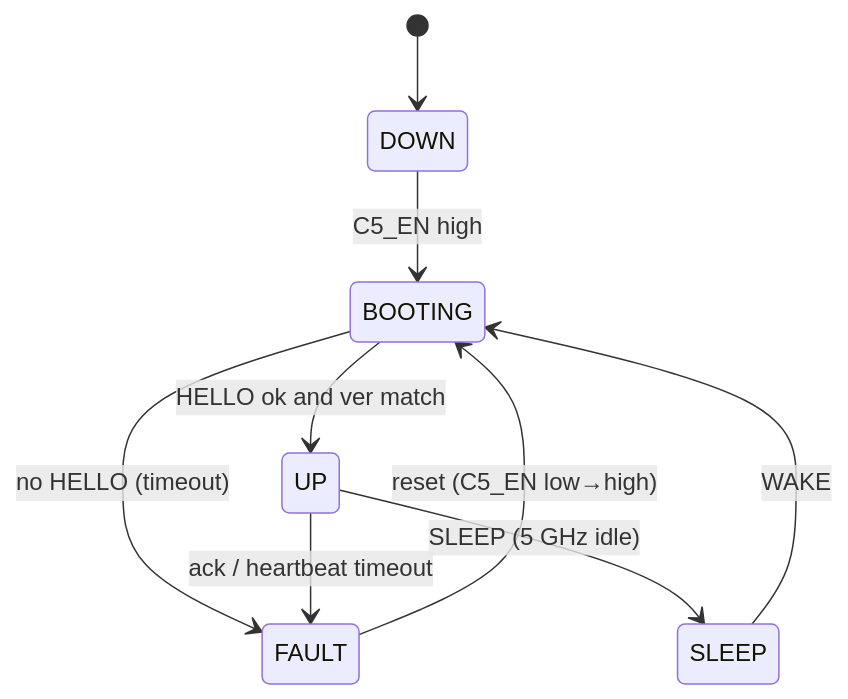
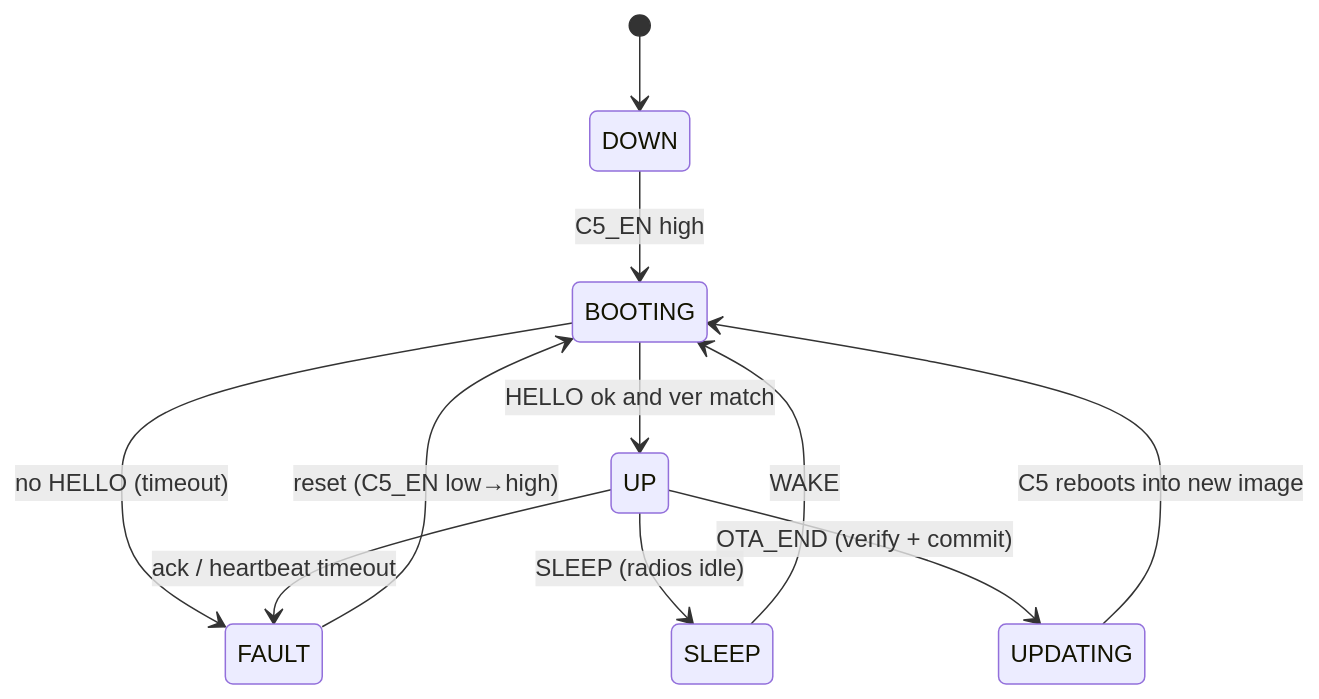
The second of 3 diagrams in docs/link-protocol.md (anton-vinogradov/esp32-leshy2-firmware), drawn with Mermaid before and after one commit. The commit also changed other lines of this file and 7 other files, not shown here.

````diff
--- a/docs/link-protocol.md
+++ b/docs/link-protocol.md
@@ -168,11 +168,13 @@
 ```mermaid
 stateDiagram-v2
     [*] --> DOWN
     DOWN --> BOOTING: C5_EN high
     BOOTING --> UP: HELLO ok and ver match
     BOOTING --> FAULT: no HELLO (timeout)
     UP --> FAULT: ack / heartbeat timeout
     FAULT --> BOOTING: reset (C5_EN low→high)
-    UP --> SLEEP: SLEEP (5 GHz idle)
+    UP --> SLEEP: SLEEP (radios idle)
     SLEEP --> BOOTING: WAKE
+    UP --> UPDATING: OTA_END (verify + commit)
+    UPDATING --> BOOTING: C5 reboots into new image
 ```
````
